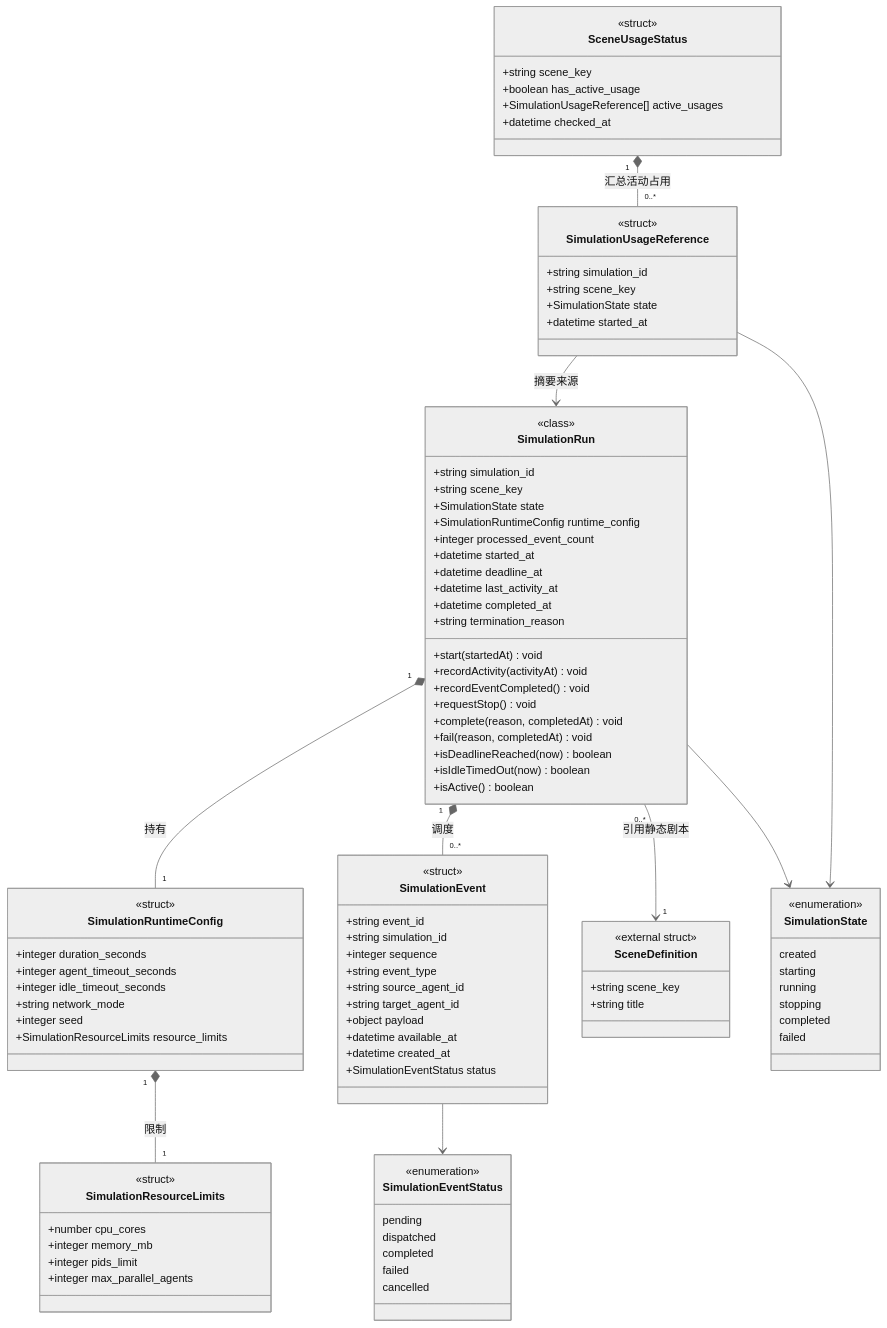
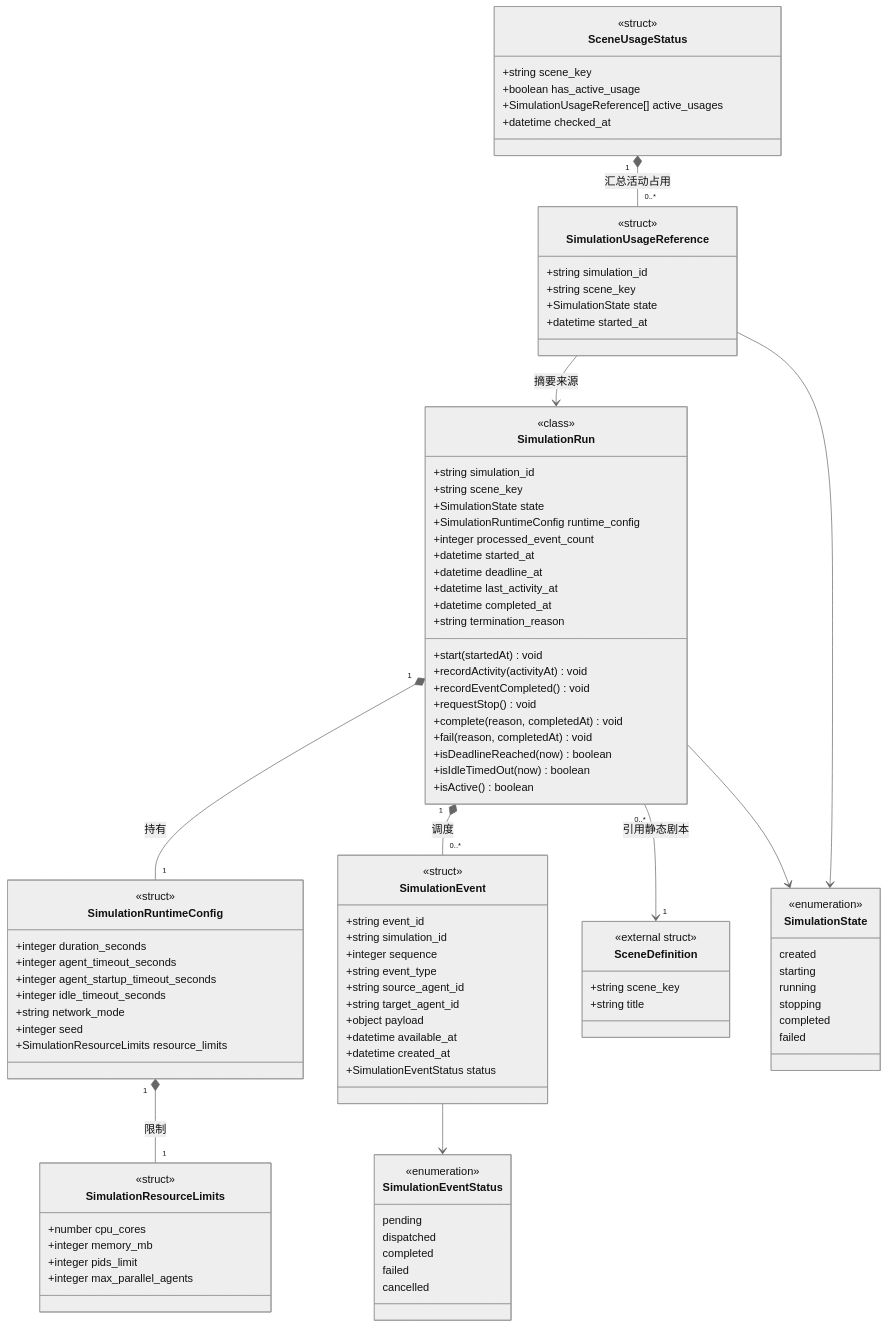
One commit to RIVERS0FT/AgentNetwork changed the diagram in docs/design/仿真编排与容器运行时设计.md. Above: the diagram before and after it, drawn with Mermaid (neutral theme). The commit also changed other lines of this file and 13 other files, not shown here.

```diff
--- a/docs/design/仿真编排与容器运行时设计.md
+++ b/docs/design/仿真编排与容器运行时设计.md
@@ -173,6 +174,7 @@
         <<struct>>
         +integer duration_seconds
         +integer agent_timeout_seconds
+        +integer agent_startup_timeout_seconds
         +integer idle_timeout_seconds
         +string network_mode
         +integer seed
```
